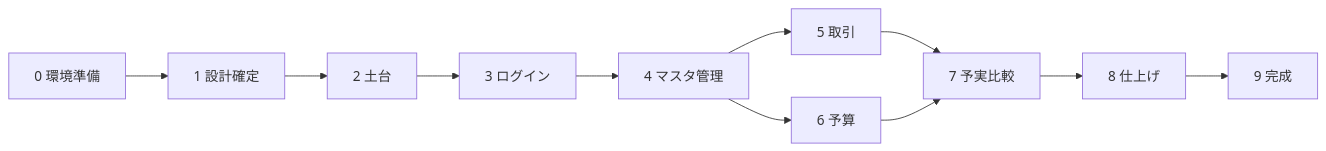
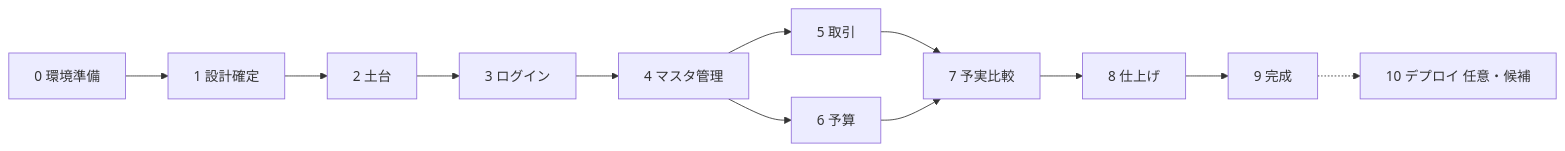
The diagram in docs/plans/execution-plan.md (yutaro081/HouseholdBudget-SpringBoot), drawn with Mermaid before and after one commit. The commit also changed other lines of this file and 1 other file, not shown here.

````diff
--- a/docs/plans/execution-plan.md
+++ b/docs/plans/execution-plan.md
@@ -102,10 +104,11 @@
 ```mermaid
 flowchart LR
     P0[0 環境準備] --> P1[1 設計確定] --> P2[2 土台] --> P3[3 ログイン]
     P3 --> P4[4 マスタ管理]
     P4 --> P5[5 取引]
     P4 --> P6[6 予算]
     P5 --> P7[7 予実比較]
     P6 --> P7
     P7 --> P8[8 仕上げ] --> P9[9 完成]
+    P9 -.-> P10[10 デプロイ 任意・候補]
 ```
````
